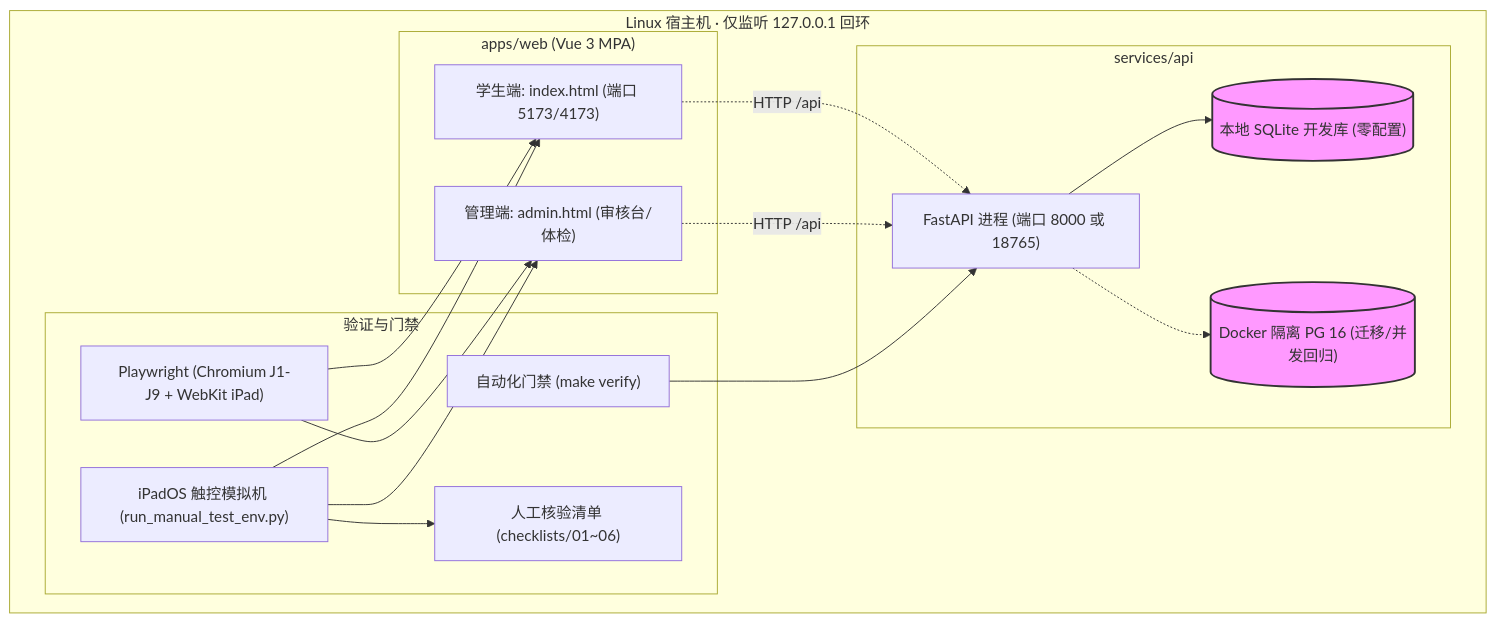
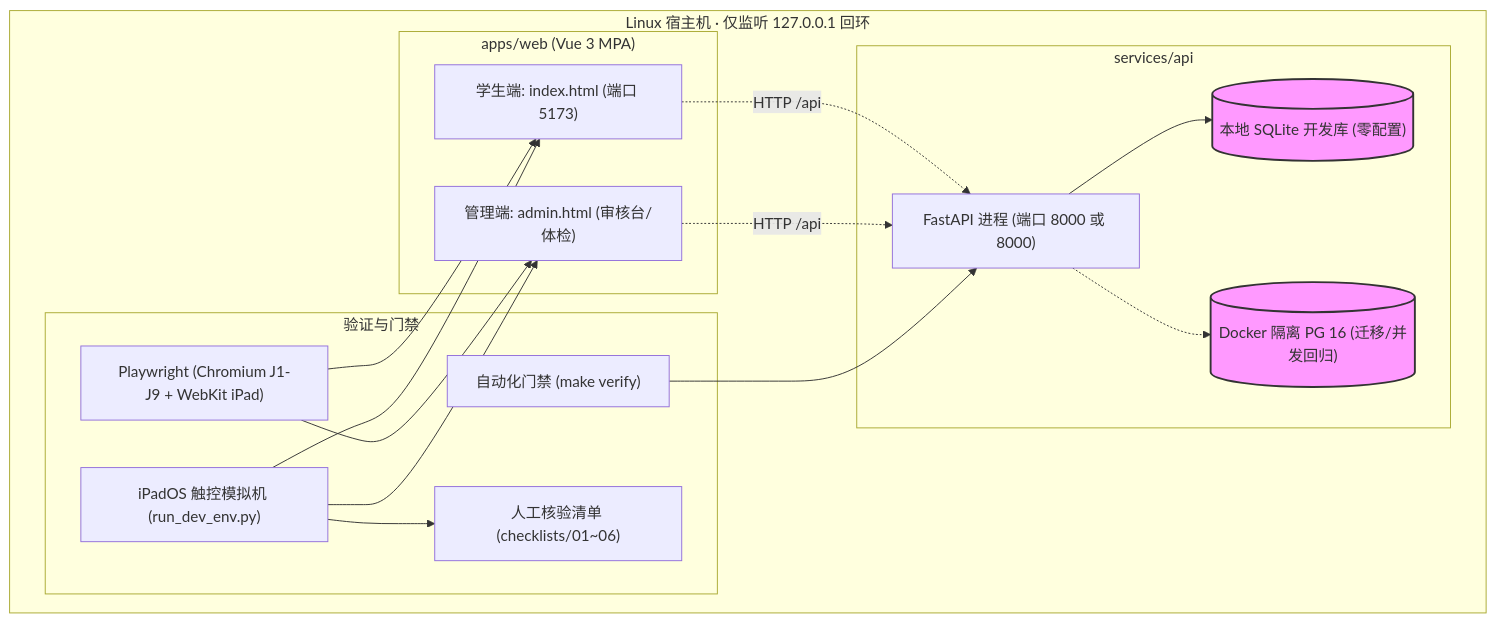
Before and after one commit to xman900719/pageboy: the first of 2 diagrams in docs/engineering/development-environment.md, drawn with Mermaid. The commit also changed other lines of this file and 79 other files, not shown here.

````diff
--- a/docs/engineering/development-environment.md
+++ b/docs/engineering/development-environment.md
@@ -16,33 +16,33 @@
 ```mermaid
 flowchart TB
     subgraph 开发者宿主机 ["Linux 宿主机 · 仅监听 127.0.0.1 回环"]
         subgraph 后端服务 ["services/api"]
-            FASTAPI["FastAPI 进程 (端口 8000 或 18765)"]
+            FASTAPI["FastAPI 进程 (端口 8000 或 8000)"]
             SQLITE[("本地 SQLite 开发库 (零配置)")]:::db
             DOCKER_PG[("Docker 隔离 PG 16 (迁移/并发回归)")]:::db
             FASTAPI --> SQLITE
             FASTAPI -.-> DOCKER_PG
         end
 
         subgraph 前端应用 ["apps/web (Vue 3 MPA)"]
-            STUDENT["学生端: index.html (端口 5173/4173)"]
+            STUDENT["学生端: index.html (端口 5173)"]
             ADMIN["管理端: admin.html (审核台/体检)"]
         end
 
         subgraph 验证与门禁
             VERIFY["自动化门禁 (make verify)"]
             PLAYWRIGHT["Playwright (Chromium J1-J9 + WebKit iPad)"]
-            SIMULATOR["iPadOS 触控模拟机 (run_manual_test_env.py)"]
+            SIMULATOR["iPadOS 触控模拟机 (run_dev_env.py)"]
             CHECKLIST["人工核验清单 (checklists/01~06)"]
         end
     end
 
     STUDENT -.->|HTTP /api| FASTAPI
     ADMIN -.->|HTTP /api| FASTAPI
     VERIFY --> FASTAPI
     PLAYWRIGHT --> STUDENT & ADMIN
     SIMULATOR --> STUDENT & ADMIN
     SIMULATOR --> CHECKLIST
 
     classDef db fill:#f9f,stroke:#333,stroke-width:2px;
 ```
````
